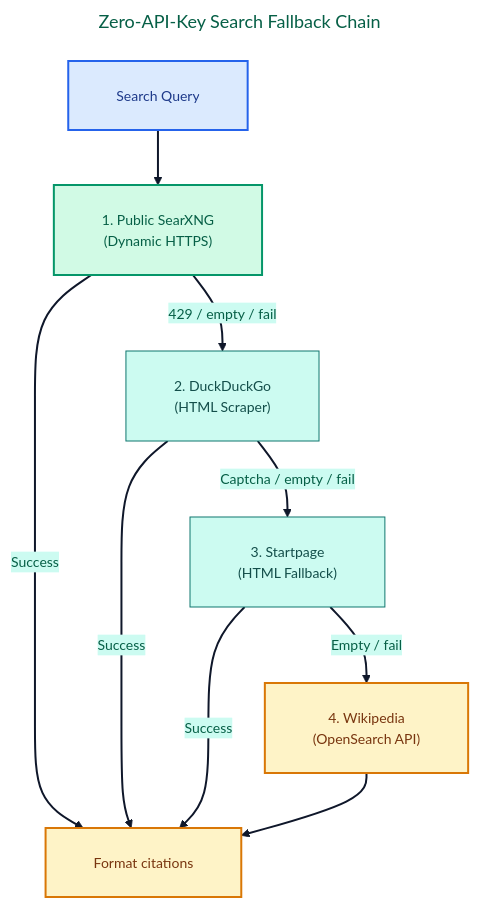
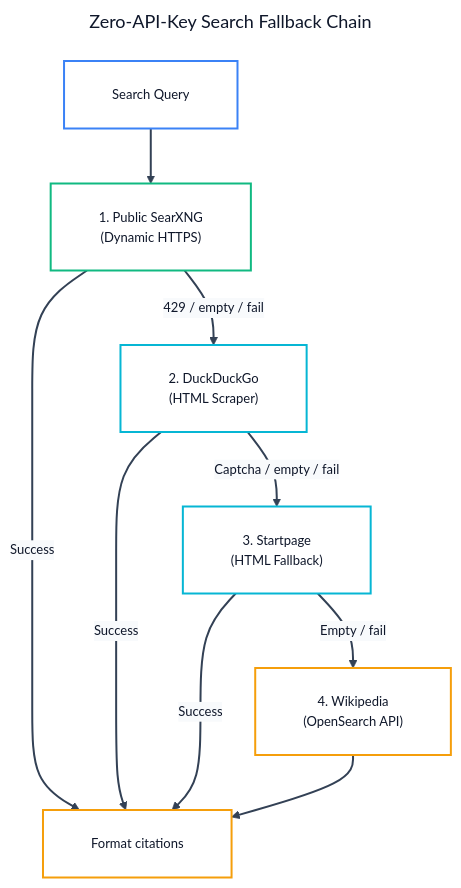
One commit to andycungkrinx91/konoha changed the diagram in docs/SETUP-SEARXNG.md. Above: the diagram before and after it, drawn with Mermaid. The commit also changed 107 other files, not shown here.

````diff
--- a/docs/SETUP-SEARXNG.md
+++ b/docs/SETUP-SEARXNG.md
@@ -13,43 +13,45 @@
 ```mermaid
 ---
 title: Zero-API-Key Search Fallback Chain
 config:
   theme: base
   themeVariables:
+    darkMode: false
     background: '#ffffff'
     mainBkg: '#ffffff'
-    primaryColor: '#d1fae5'
-    primaryTextColor: '#065f46'
-    primaryBorderColor: '#059669'
-    lineColor: '#0f172a'
-    arrowheadColor: '#0f172a'
-    secondaryColor: '#ccfbf1'
-    tertiaryColor: '#fef3c7'
-    fontFamily: 'Inter, system-ui, sans-serif'
-    fontSize: '14px'
+    primaryColor: '#ffffff'
+    primaryTextColor: '#0f172a'
+    primaryBorderColor: '#10b981'
+    lineColor: '#334155'
+    arrowheadColor: '#334155'
+    secondaryColor: '#f8fafc'
+    tertiaryColor: '#ffffff'
+    fontFamily: 'Inter, system-ui, -apple-system, sans-serif'
+    fontSize: '13px'
   flowchart:
     nodeSpacing: 45
     rankSpacing: 55
     padding: 24
     wrappingWidth: 380
 ---
 flowchart TD
     Query["Search Query"] --> Searx["1. Public SearXNG<br/>(Dynamic HTTPS)"]
     Searx -->|Success| Return["Format citations"]
     Searx -->|429 / empty / fail| DDG["2. DuckDuckGo<br/>(HTML Scraper)"]
     DDG -->|Success| Return
     DDG -->|Captcha / empty / fail| Startpage["3. Startpage<br/>(HTML Fallback)"]
     Startpage -->|Success| Return
     Startpage -->|Empty / fail| Wikipedia["4. Wikipedia<br/>(OpenSearch API)"]
     Wikipedia --> Return
 
-    linkStyle default stroke:#0f172a,stroke-width:2px;
-    classDef input fill:#dbeafe,stroke:#2563eb,color:#1e3a8a,stroke-width:2px
-    classDef primary fill:#d1fae5,stroke:#059669,color:#065f46,stroke-width:2px
-    classDef fallback fill:#ccfbf1,stroke:#0f766e,color:#134e4a
-    classDef final fill:#fef3c7,stroke:#d97706,color:#78350f,stroke-width:2px
-    class Query input
-    class Searx primary
-    class DDG,Startpage fallback
-    class Wikipedia,Return final
+    linkStyle default stroke:#334155,stroke-width:2px;
+    classDef inputNode fill:#ffffff,stroke:#3b82f6,color:#0f172a,stroke-width:2px;
+    classDef primaryNode fill:#ffffff,stroke:#10b981,color:#0f172a,stroke-width:2px;
+    classDef fallbackNode fill:#ffffff,stroke:#06b6d4,color:#0f172a,stroke-width:2px;
+    classDef finalNode fill:#ffffff,stroke:#f59e0b,color:#0f172a,stroke-width:2px;
+
+    class Query inputNode;
+    class Searx primaryNode;
+    class DDG,Startpage fallbackNode;
+    class Wikipedia,Return finalNode;
 ```
````
